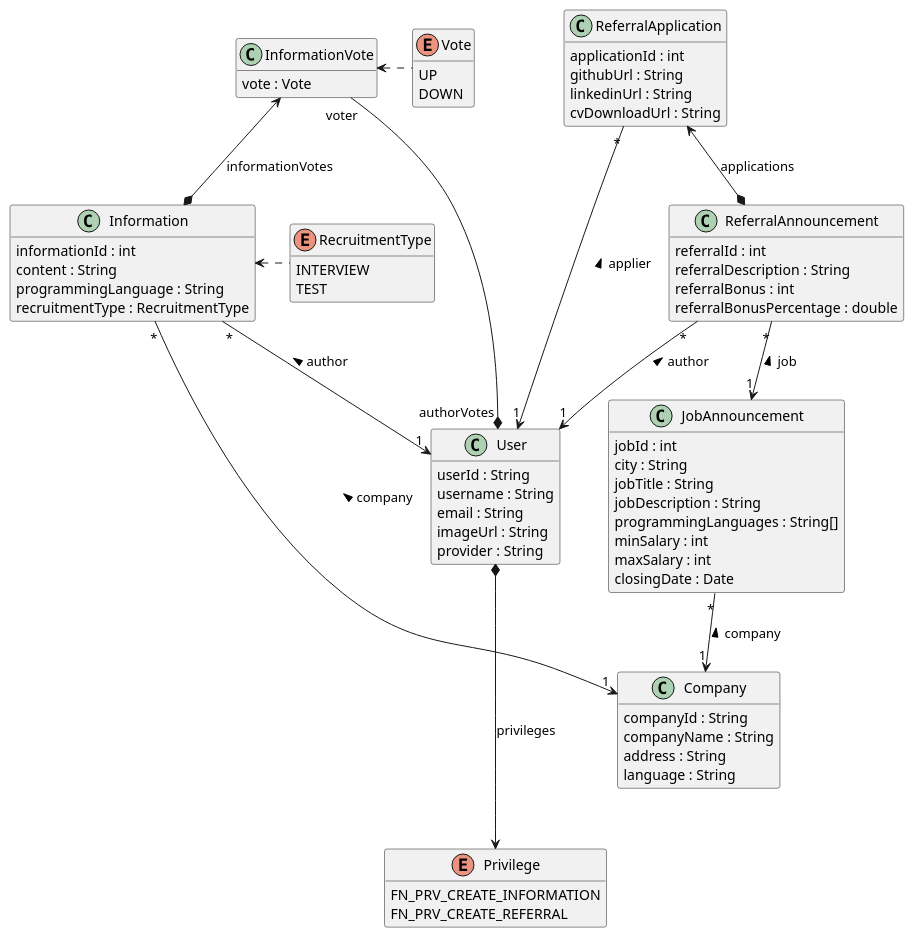
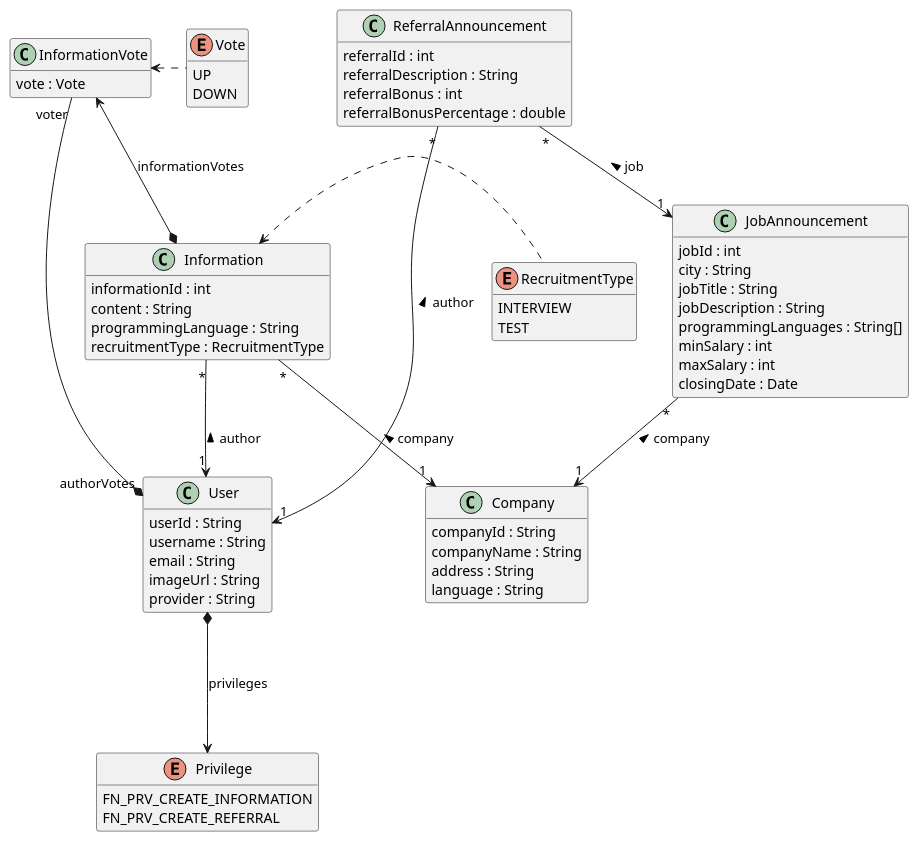
One commit to poznas/hydra-aimo changed the diagram in hydra_business_class_diagram.puml. Above: the diagram before and after it, drawn with PlantUML. The commit also changed 4 other files, not shown here.

Commit message:
remove referral application from system functionality

```diff
--- a/hydra_business_class_diagram.puml
+++ b/hydra_business_class_diagram.puml
@@ -1,91 +1,81 @@
 @startuml
 
 hide empty members
 
 class User {
     userId : String
     username : String
     email : String
     imageUrl : String
     provider : String
 }
 
 enum Privilege {
     FN_PRV_CREATE_INFORMATION
     FN_PRV_CREATE_REFERRAL
 }
 
 class Company {
     companyId : String
     companyName : String
     address : String
     language : String
 }
 
 enum RecruitmentType {
     INTERVIEW
     TEST
 }
 
 class Information {
     informationId : int
     content : String
     programmingLanguage : String
     recruitmentType : RecruitmentType
 }
 
 enum Vote {
     UP
     DOWN
 }
 
 class InformationVote {
     vote : Vote
 }
 
 class JobAnnouncement {
     jobId : int
     city : String
     jobTitle : String
     jobDescription : String 
     programmingLanguages : String[]
     minSalary : int
     maxSalary : int 
     closingDate : Date
 }
 
 class ReferralAnnouncement {
     referralId : int
     referralDescription : String 
     referralBonus : int 
     referralBonusPercentage : double
 }
 
-class ReferralApplication {
-    applicationId : int
-    githubUrl : String 
-    linkedinUrl : String 
-    cvDownloadUrl : String
-}
-
 User *---> Privilege : privileges
 
 InformationVote <. Vote
 Information <. RecruitmentType
 
 Information "*" --> "1" User : < author 
 Information "*" --> "1" Company : < company
 
 InformationVote "voter" --* "authorVotes" User 
 InformationVote <--* Information : informationVotes
 
 JobAnnouncement "*" --> "1" Company : < company
 
 ReferralAnnouncement "*" --> "1" User : < author
 ReferralAnnouncement "*" --> "1" JobAnnouncement : < job
-ReferralApplication <--* ReferralAnnouncement : applications
-ReferralApplication "*" --> "1" User : < applier
-
 
 
 @enduml
```
